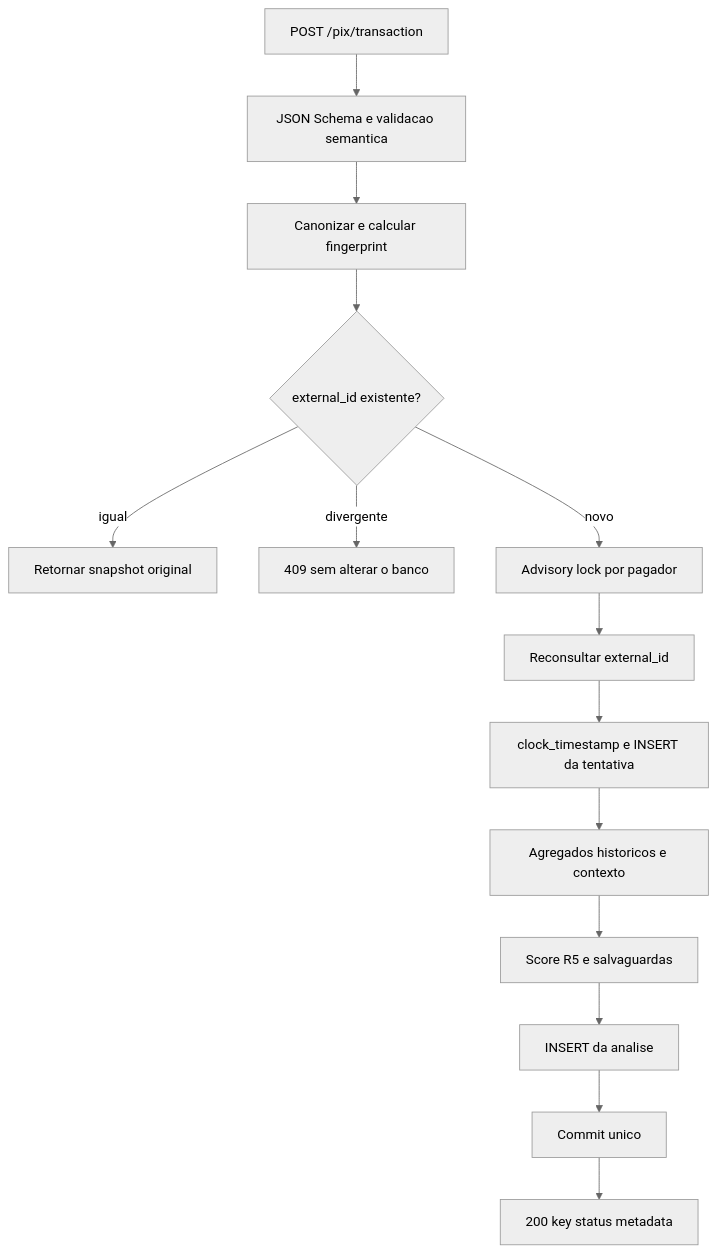
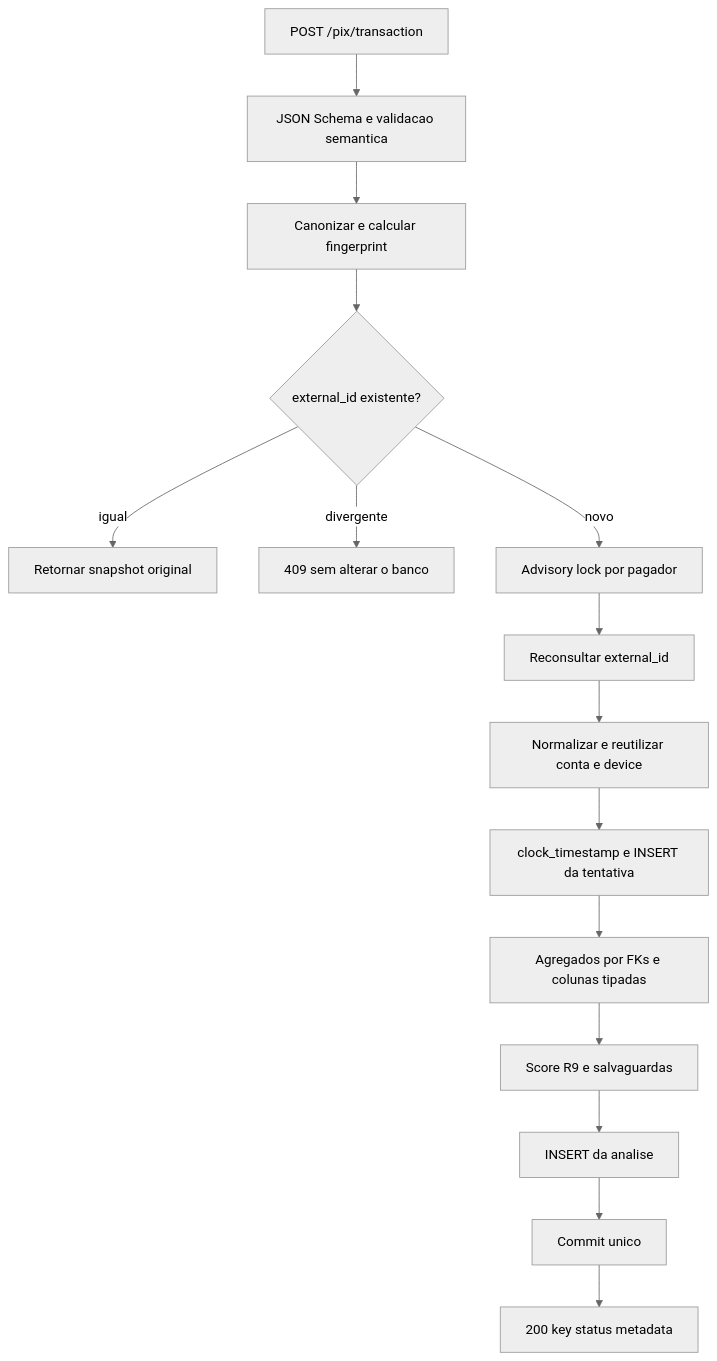
Before and after one commit to mohamad347/pix-sentinel-risk-engine: the first of 3 diagrams in docs/PIX_SENTINEL_FLUXOS_v1.md, drawn with Mermaid (neutral theme). The commit also changed other lines of this file and 37 other files, not shown here.

````diff
--- a/docs/PIX_SENTINEL_FLUXOS_v1.md
+++ b/docs/PIX_SENTINEL_FLUXOS_v1.md
@@ -21,16 +21,17 @@
 ```mermaid
 flowchart TD
     A[POST /pix/transaction] --> B[JSON Schema e validacao semantica]
     B --> C[Canonizar e calcular fingerprint]
     C --> D{external_id existente?}
     D -->|igual| R[Retornar snapshot original]
     D -->|divergente| X[409 sem alterar o banco]
     D -->|novo| E[Advisory lock por pagador]
     E --> F[Reconsultar external_id]
-    F --> G[clock_timestamp e INSERT da tentativa]
-    G --> H[Agregados historicos e contexto]
-    H --> I[Score R5 e salvaguardas]
-    I --> J[INSERT da analise]
-    J --> K[Commit unico]
-    K --> L[200 key status metadata]
+    F --> G[Normalizar e reutilizar conta e device]
+    G --> H[clock_timestamp e INSERT da tentativa]
+    H --> I[Agregados por FKs e colunas tipadas]
+    I --> J[Score R9 e salvaguardas]
+    J --> K[INSERT da analise]
+    K --> L[Commit unico]
+    L --> M[200 key status metadata]
 ```
````
